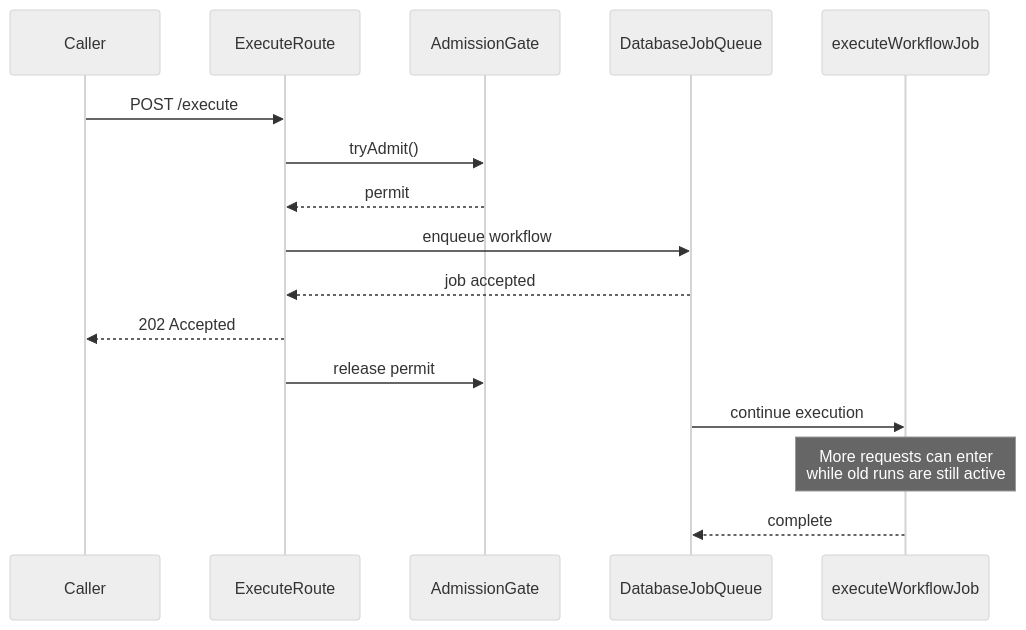
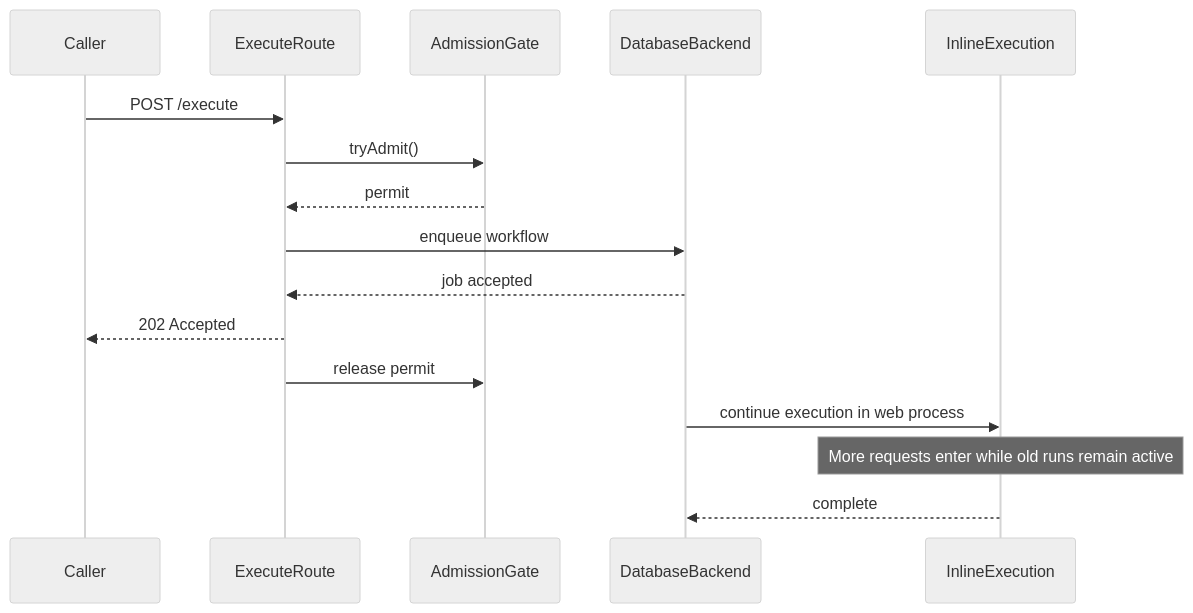
Before and after one commit to simstudioai/sim: the first of 3 diagrams in docs/workflow-throughput-one-pager.md, drawn with Mermaid (neutral theme). The commit also changed other lines of this file and 8 other files, not shown here.

````diff
--- a/docs/workflow-throughput-one-pager.md
+++ b/docs/workflow-throughput-one-pager.md
@@ -39,19 +42,19 @@
 ```mermaid
 sequenceDiagram
     participant C as Caller
     participant R as ExecuteRoute
     participant G as AdmissionGate
-    participant Q as DatabaseJobQueue
-    participant E as executeWorkflowJob
+    participant Q as DatabaseBackend
+    participant E as InlineExecution
 
     C->>R: POST /execute
     R->>G: tryAdmit()
     G-->>R: permit
     R->>Q: enqueue workflow
     Q-->>R: job accepted
     R-->>C: 202 Accepted
     R->>G: release permit
-    Q->>E: continue execution
-    Note over E: More requests can enter<br/>while old runs are still active
+    Q->>E: continue execution in web process
+    Note over E: More requests enter while old runs remain active
     E-->>Q: complete
 ```
````
